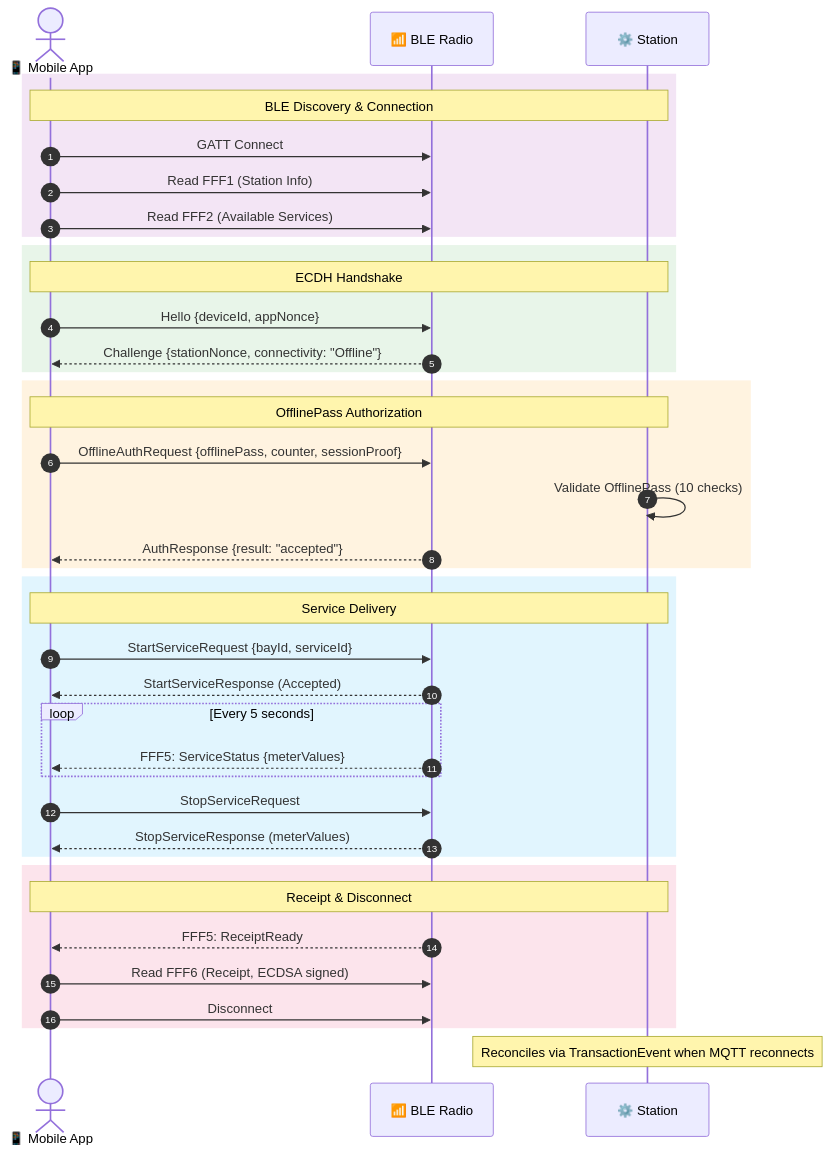
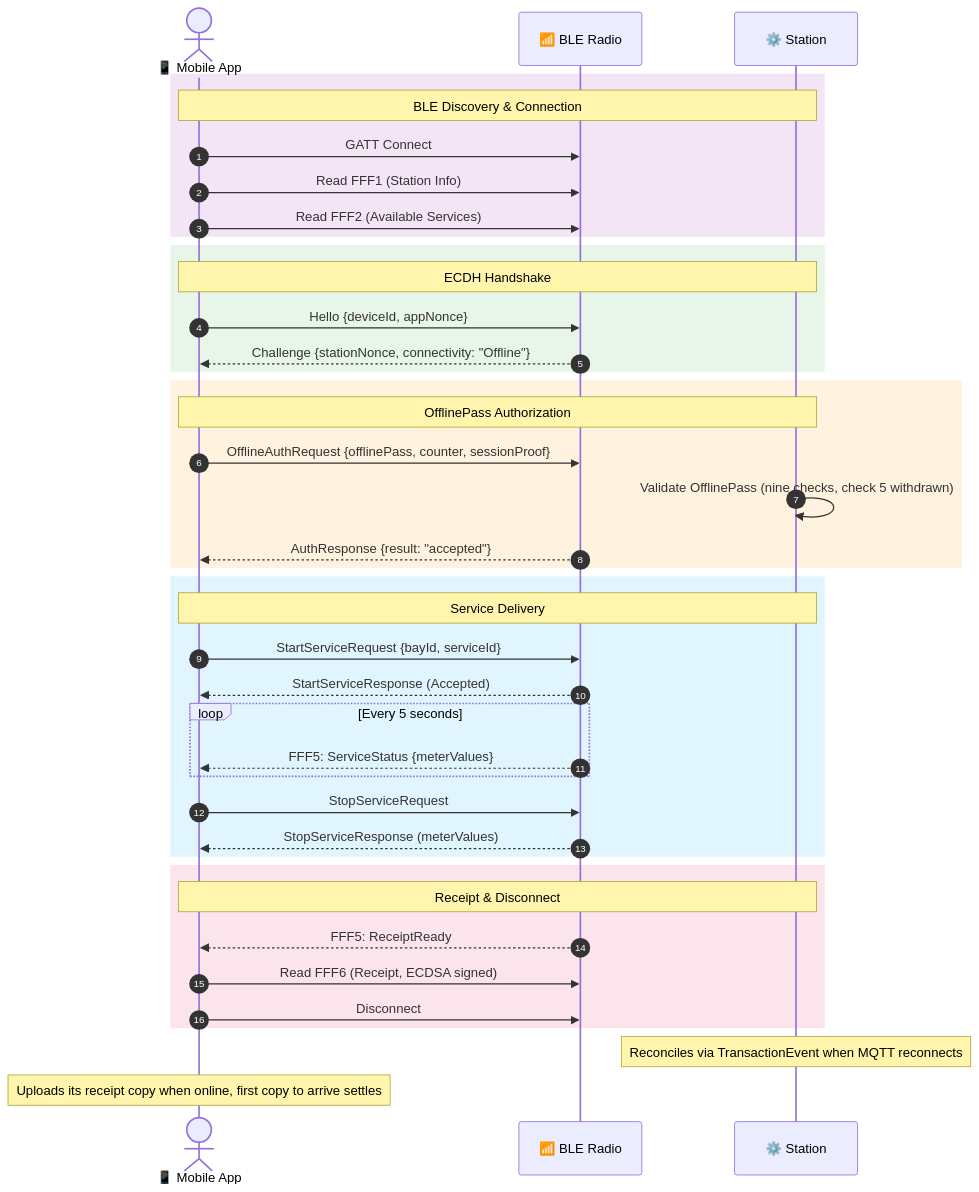
Before and after one commit to ospp-org/spec: the sixth of 7 diagrams in diagrams/README.md, drawn with Mermaid. The commit also changed other lines of this file and 7 other files, not shown here.

First line of the commit message:
docs: KNOWN-ISSUES, ROADMAP, ADR-002, the implementor's guide, diagrams and READMEs follow the offline model

````diff
--- a/diagrams/README.md
+++ b/diagrams/README.md
@@ -242,48 +242,49 @@
 ```mermaid
 sequenceDiagram
     autonumber
 
     actor User as 📱 Mobile App
     participant BLE as 📶 BLE Radio
     participant Station as ⚙️ Station
 
     rect rgb(243, 229, 245)
         Note over User,Station: BLE Discovery & Connection
         User->>BLE: GATT Connect
         User->>BLE: Read FFF1 (Station Info)
         User->>BLE: Read FFF2 (Available Services)
     end
 
     rect rgb(232, 245, 233)
         Note over User,Station: ECDH Handshake
         User->>BLE: Hello {deviceId, appNonce}
         BLE-->>User: Challenge {stationNonce, connectivity: "Offline"}
     end
 
     rect rgb(255, 243, 224)
         Note over User,Station: OfflinePass Authorization
         User->>BLE: OfflineAuthRequest {offlinePass, counter, sessionProof}
-        Station->>Station: Validate OfflinePass (10 checks)
+        Station->>Station: Validate OfflinePass (nine checks, check 5 withdrawn)
         BLE-->>User: AuthResponse {result: "accepted"}
     end
 
     rect rgb(225, 245, 254)
         Note over User,Station: Service Delivery
         User->>BLE: StartServiceRequest {bayId, serviceId}
         BLE-->>User: StartServiceResponse (Accepted)
         loop Every 5 seconds
             BLE-->>User: FFF5: ServiceStatus {meterValues}
         end
         User->>BLE: StopServiceRequest
         BLE-->>User: StopServiceResponse (meterValues)
     end
 
     rect rgb(252, 228, 236)
         Note over User,Station: Receipt & Disconnect
         BLE-->>User: FFF5: ReceiptReady
         User->>BLE: Read FFF6 (Receipt, ECDSA signed)
         User->>BLE: Disconnect
     end
 
     Note over Station: Reconciles via TransactionEvent when MQTT reconnects
+    Note over User: Uploads its receipt copy when online, first copy to arrive settles
 ```
````
